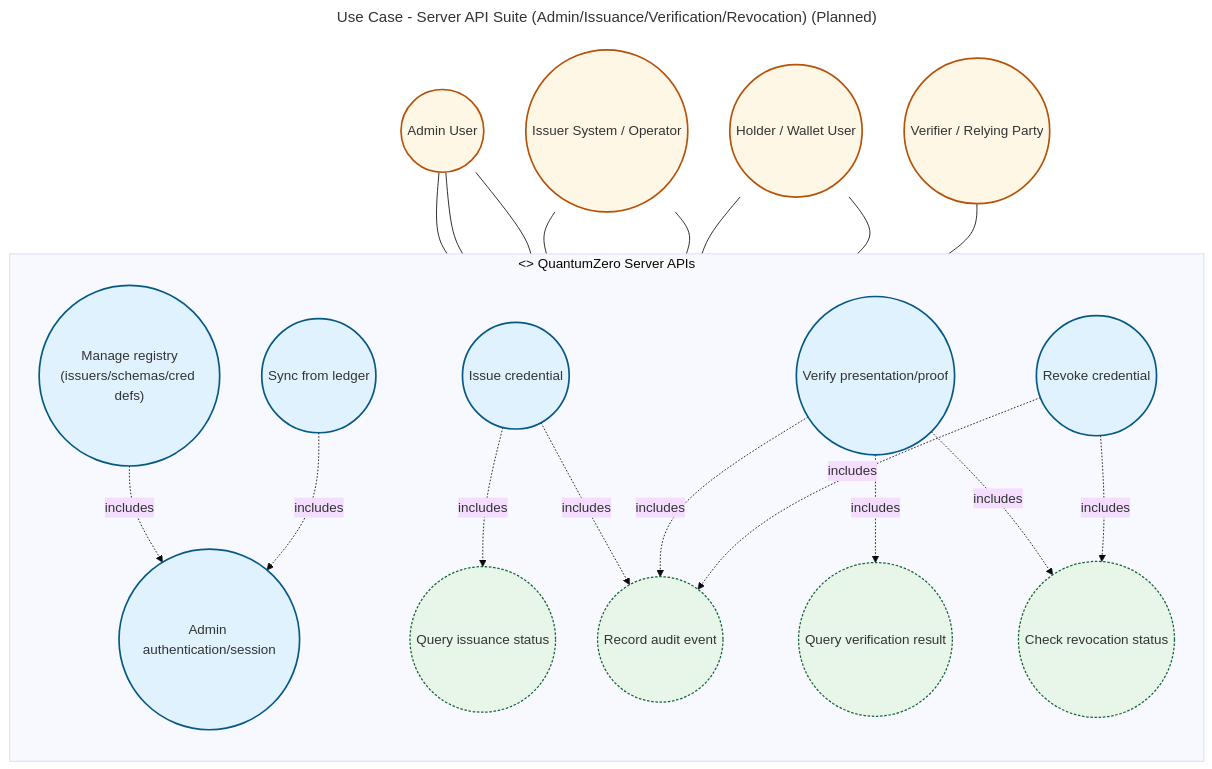
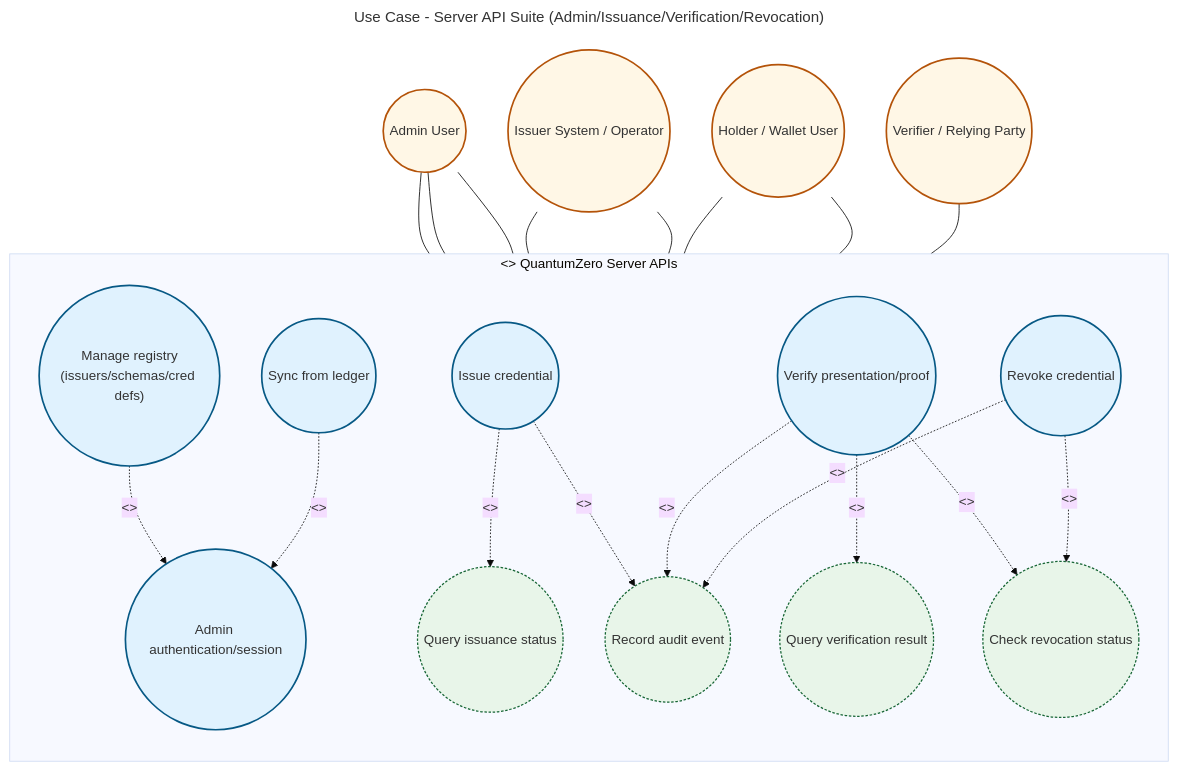
One commit to CHATEAUFORGE-LLC/QuantumZero changed the diagram in diagrams/usecase-server-api-suite.mmd. Above: the diagram before and after it, drawn with Mermaid. The commit also changed 53 other files, not shown here.

Commit message:
diagram refinement in preperation for sequence diagram review and enhancment

```diff
--- a/diagrams/usecase-server-api-suite.mmd
+++ b/diagrams/usecase-server-api-suite.mmd
@@ -1,72 +1,72 @@
 ---
-title: Use Case - Server API Suite (Admin/Issuance/Verification/Revocation) (Planned)
+title: Use Case - Server API Suite (Admin/Issuance/Verification/Revocation)
 config:
   theme: base
 ---
 %% QuantumZero UML palette note: actors/external=#fff7e6/#b45309, system/component=#e0f2fe/#075985, datastore=#ecfccb/#4d7c0f, notes=#fff9c4/#d97706. Aligns diagrams to Deliverable 1 UML/DFD theme.
 flowchart TB
     %% QuantumZero UML palette (standardized)
     classDef actor fill:#fff7e6,stroke:#b45309,stroke-width:2px
     classDef system fill:#eef2ff,stroke:#4338ca,stroke-width:2px
     classDef usecase fill:#e0f2fe,stroke:#075985,stroke-width:2px
     classDef supporting fill:#e8f5e9,stroke:#166534,stroke-width:1.5px,stroke-dasharray: 3 2
 
     %% Actors
     Admin((Admin User)):::actor
     Issuer((Issuer System / Operator)):::actor
     Holder((Holder / Wallet User)):::actor
     Verifier((Verifier / Relying Party)):::actor
 
     %% System Boundary
     subgraph ServerAPIs["<<system>> QuantumZero Server APIs"]
         direction TB
 
         %% Admin API use cases
         UC_AdminAuth(("Admin authentication/session")):::usecase
         UC_Registry(("Manage registry<br/>(issuers/schemas/cred defs)")):::usecase
         UC_LedgerSync(("Sync from ledger")):::usecase
 
         %% Issuance API use cases
         UC_Issue(("Issue credential")):::usecase
         UC_IssueStatus(("Query issuance status")):::supporting
 
         %% Verification API use cases
         UC_Verify(("Verify presentation/proof")):::usecase
         UC_VerifyStatus(("Query verification result")):::supporting
 
         %% Revocation API use cases
         UC_Revoke(("Revoke credential")):::usecase
         UC_RevocationStatus(("Check revocation status")):::supporting
 
         %% Cross-cutting
         UC_Audit(("Record audit event")):::supporting
 
         %% Relationships
-        UC_Registry -. includes .-> UC_AdminAuth
-        UC_LedgerSync -. includes .-> UC_AdminAuth
+        UC_Registry -. <<include>> .-> UC_AdminAuth
+        UC_LedgerSync -. <<include>> .-> UC_AdminAuth
 
-        UC_Issue -. includes .-> UC_IssueStatus
-        UC_Issue -. includes .-> UC_Audit
+        UC_Issue -. <<include>> .-> UC_IssueStatus
+        UC_Issue -. <<include>> .-> UC_Audit
 
-        UC_Verify -. includes .-> UC_VerifyStatus
-        UC_Verify -. includes .-> UC_RevocationStatus
-        UC_Verify -. includes .-> UC_Audit
+        UC_Verify -. <<include>> .-> UC_VerifyStatus
+        UC_Verify -. <<include>> .-> UC_RevocationStatus
+        UC_Verify -. <<include>> .-> UC_Audit
 
-        UC_Revoke -. includes .-> UC_RevocationStatus
-        UC_Revoke -. includes .-> UC_Audit
+        UC_Revoke -. <<include>> .-> UC_RevocationStatus
+        UC_Revoke -. <<include>> .-> UC_Audit
     end
 
     %% Actor associations
     Admin --- UC_AdminAuth
     Admin --- UC_Registry
     Admin --- UC_LedgerSync
 
     Issuer --- UC_Issue
     Issuer --- UC_Revoke
 
     Holder --- UC_Issue
     Holder --- UC_Verify
 
     Verifier --- UC_Verify
 
     %% Metadata note content documented in DIAGRAMS.md
```
